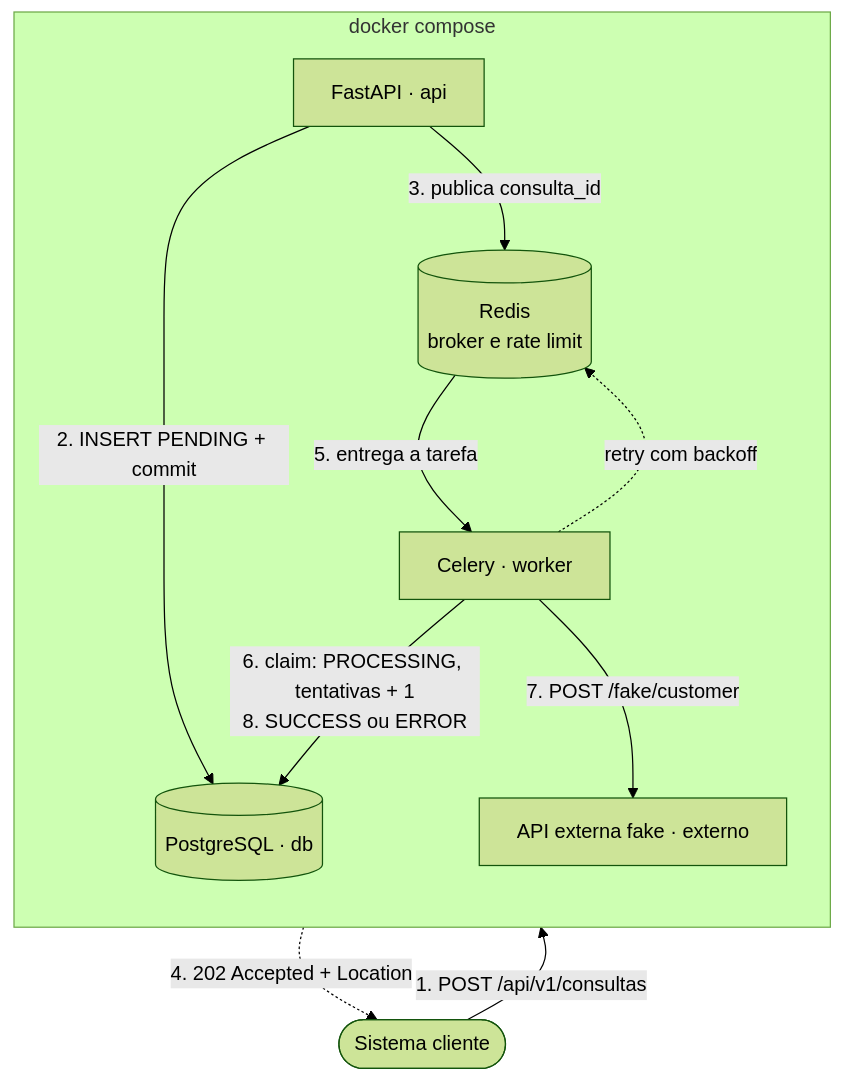
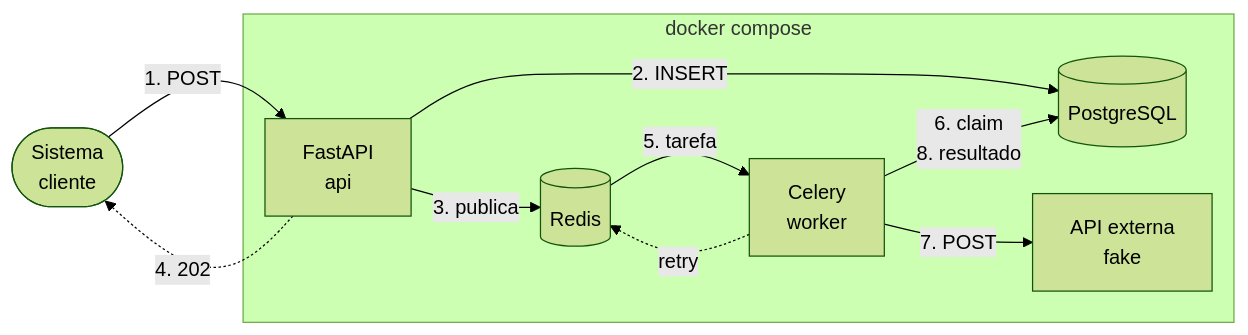
The second of 3 diagrams in README.md (Drolpg/customer_lookup), drawn with Mermaid (forest theme) before and after one commit. The commit also changed other lines of this file, not shown here.

Commit message:
docs: diagrama de arquitetura horizontal compacto com legenda dos passos

````diff
--- a/README.md
+++ b/README.md
@@ -46,22 +46,22 @@
 ```mermaid
-flowchart TB
-    cliente(["Sistema cliente"])
+%%{init: {"flowchart": {"rankSpacing": 35, "nodeSpacing": 30}}}%%
+flowchart LR
+    cliente(["Sistema<br/>cliente"])
 
     subgraph compose["docker compose"]
-        direction TB
-        api["FastAPI · api"]
-        redis[("Redis<br/>broker e rate limit")]
-        db[("PostgreSQL · db")]
-        worker["Celery · worker"]
-        externo["API externa fake · externo"]
+        api["FastAPI<br/>api"]
+        redis[("Redis")]
+        worker["Celery<br/>worker"]
+        db[("PostgreSQL")]
+        externo["API externa<br/>fake"]
     end
 
-    cliente -- "1. POST /api/v1/consultas" --> api
-    api -. "4. 202 Accepted + Location" .-> cliente
-    api -- "2. INSERT PENDING + commit" --> db
-    api -- "3. publica consulta_id" --> redis
-    redis -- "5. entrega a tarefa" --> worker
-    worker -. "retry com backoff" .-> redis
-    worker -- "6. claim: PROCESSING, tentativas + 1<br/>8. SUCCESS ou ERROR" --> db
-    worker -- "7. POST /fake/customer" --> externo
+    cliente -- "1. POST" --> api
+    api -. "4. 202" .-> cliente
+    api -- "2. INSERT" --> db
+    api -- "3. publica" --> redis
+    redis -- "5. tarefa" --> worker
+    worker -. "retry" .-> redis
+    worker -- "6. claim<br/>8. resultado" --> db
+    worker -- "7. POST" --> externo
 ```
````
